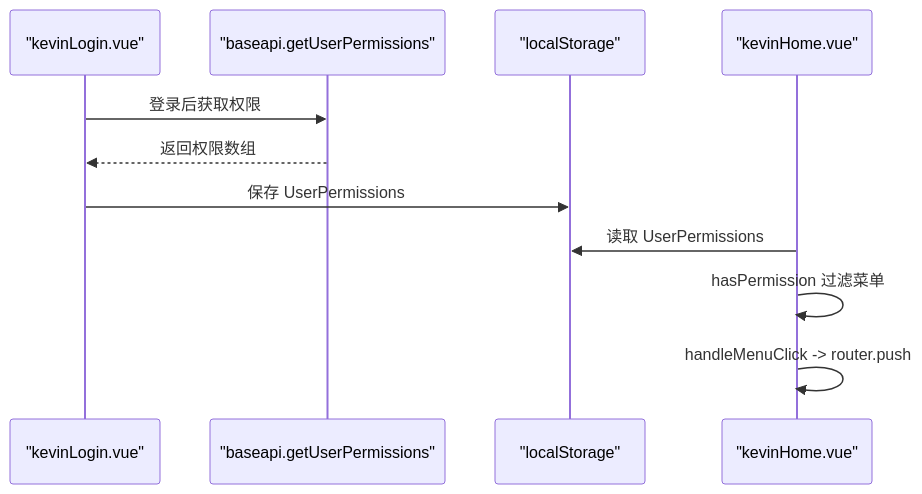
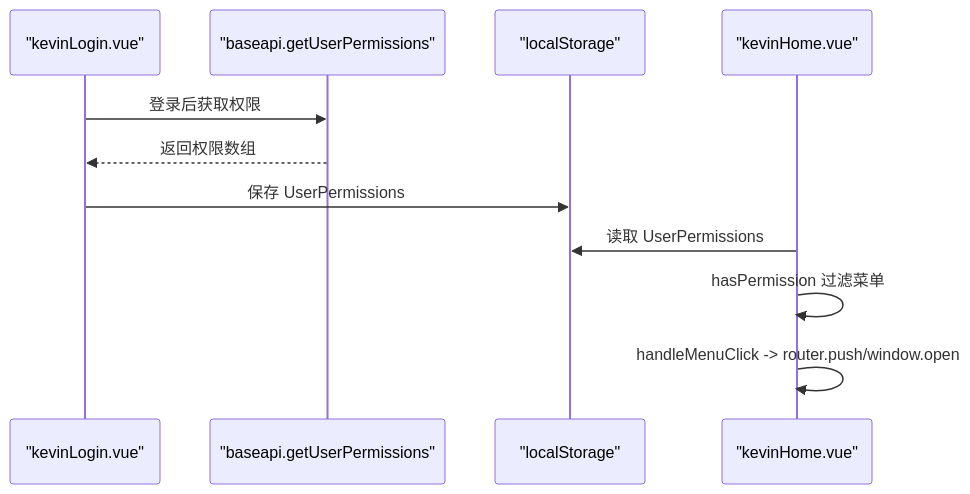
Before and after one commit to junkai-li/NetCoreKevin: the fifth of 8 diagrams in .qoder/repowiki/zh/content/前端架构/路由管理.md, drawn with Mermaid. The commit also changed other lines of this file and 39 other files, not shown here.

````diff
--- a/.qoder/repowiki/zh/content/前端架构/路由管理.md
+++ b/.qoder/repowiki/zh/content/前端架构/路由管理.md
@@ -152,13 +204,13 @@
 ```mermaid
 sequenceDiagram
 participant L as "kevinLogin.vue"
 participant API as "baseapi.getUserPermissions"
 participant LS as "localStorage"
 participant H as "kevinHome.vue"
 L->>API : 登录后获取权限
 API-->>L : 返回权限数组
 L->>LS : 保存 UserPermissions
 H->>LS : 读取 UserPermissions
 H->>H : hasPermission 过滤菜单
-H->>H : handleMenuClick -> router.push
+H->>H : handleMenuClick -> router.push/window.open
 ```
````
